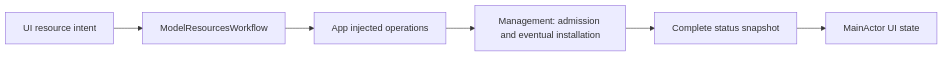
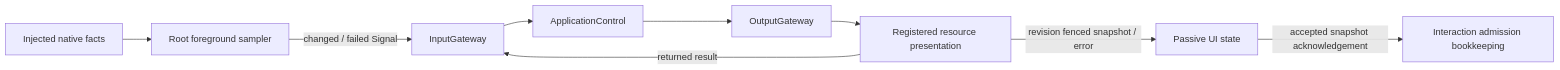
One commit to devilyouwei/MobileHarness changed the third of 6 diagrams in MobileHarness/App/Workflows/Settings/README.md. Above: the diagram before and after it, drawn with Mermaid. The commit also changed other lines of this file and 201 other files, not shown here.

First line of the commit message:
Complete agent-driven interaction routing and organize business agents

````diff
--- a/MobileHarness/App/Workflows/Settings/README.md
+++ b/MobileHarness/App/Workflows/Settings/README.md
@@ -21,8 +72,11 @@
 ```mermaid
 flowchart LR
-    Page[UI resource intent] --> Workflow[ModelResourcesWorkflow]
-    Workflow --> Injected[App injected operations]
-    Injected --> Manager[Management: admission and eventual installation]
-    Manager --> Snapshot[Complete status snapshot]
-    Snapshot --> State[MainActor UI state]
+    Native[Injected native facts] --> Observer[Root foreground sampler]
+    Observer -->|changed / failed Signal| Input[InputGateway]
+    Input --> Agent[ApplicationControl]
+    Agent --> Output[OutputGateway]
+    Output --> Function[Registered resource presentation]
+    Function -->|revision fenced snapshot / error| State[Passive UI state]
+    Function -->|returned result| Input
+    State -->|accepted snapshot acknowledgement| Locks[Interaction admission bookkeeping]
 ```
````
